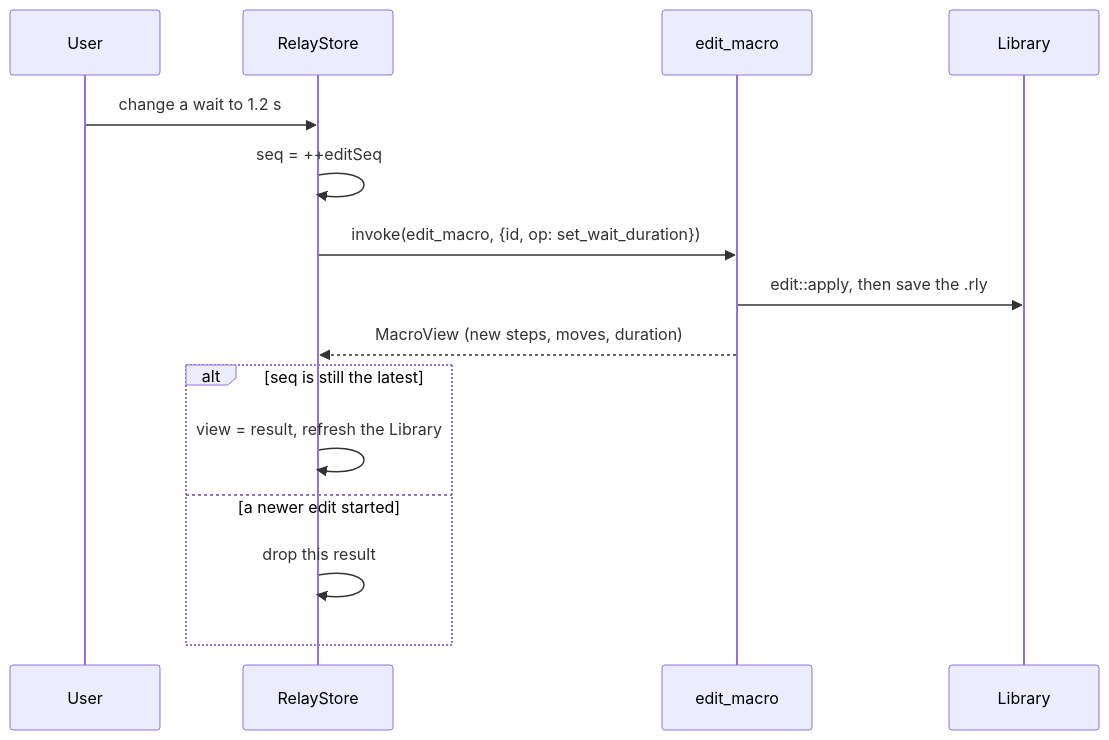
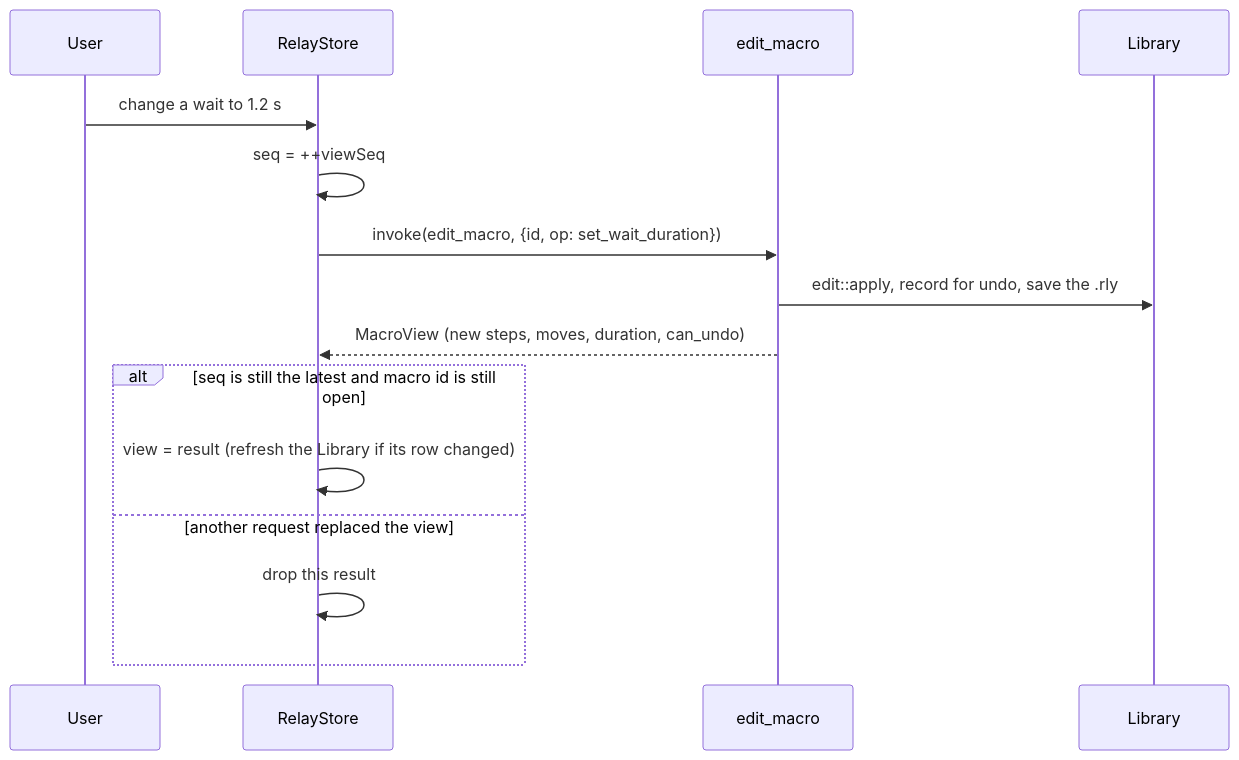
One commit to HappyRave/Relay changed the second of 3 diagrams in docs/engineering/ipc.md. Above: the diagram before and after it, drawn with Mermaid. The commit also changed other lines of this file and 8 other files, not shown here.

Commit message:
docs: the refactored architecture (hotkeys on the main thread, playback generations, hook press tracking, async-result guards, and more)

````diff
--- a/docs/engineering/ipc.md
+++ b/docs/engineering/ipc.md
@@ -145,17 +144,17 @@
 ```mermaid
 sequenceDiagram
     participant U as User
     participant S as RelayStore
     participant C as edit_macro
     participant L as Library
     U->>S: change a wait to 1.2 s
-    S->>S: seq = ++editSeq
+    S->>S: seq = ++viewSeq
     S->>C: invoke(edit_macro, {id, op: set_wait_duration})
-    C->>L: edit::apply, then save the .rly
-    C-->>S: MacroView (new steps, moves, duration)
-    alt seq is still the latest
-        S->>S: view = result, refresh the Library
-    else a newer edit started
+    C->>L: edit::apply, record for undo, save the .rly
+    C-->>S: MacroView (new steps, moves, duration, can_undo)
+    alt seq is still the latest and macro id is still open
+        S->>S: view = result (refresh the Library if its row changed)
+    else another request replaced the view
         S->>S: drop this result
     end
 ```
````
